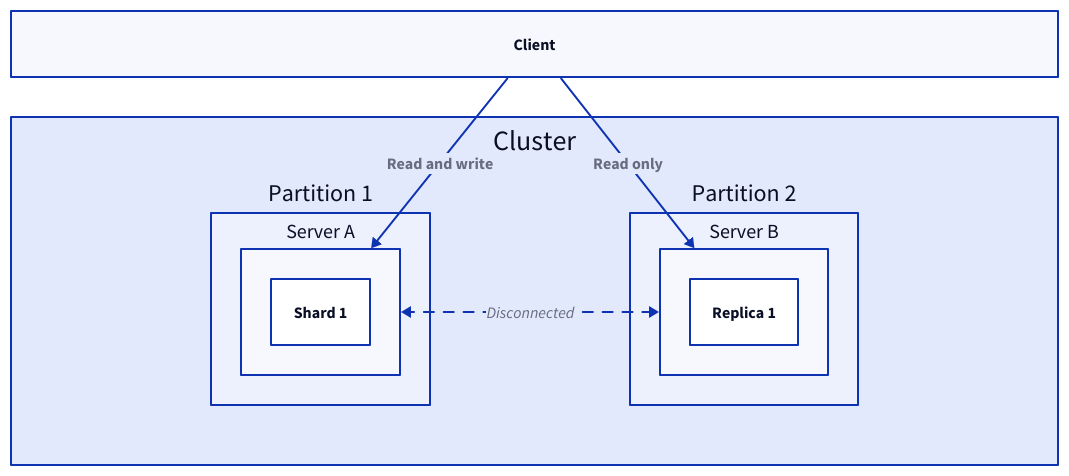
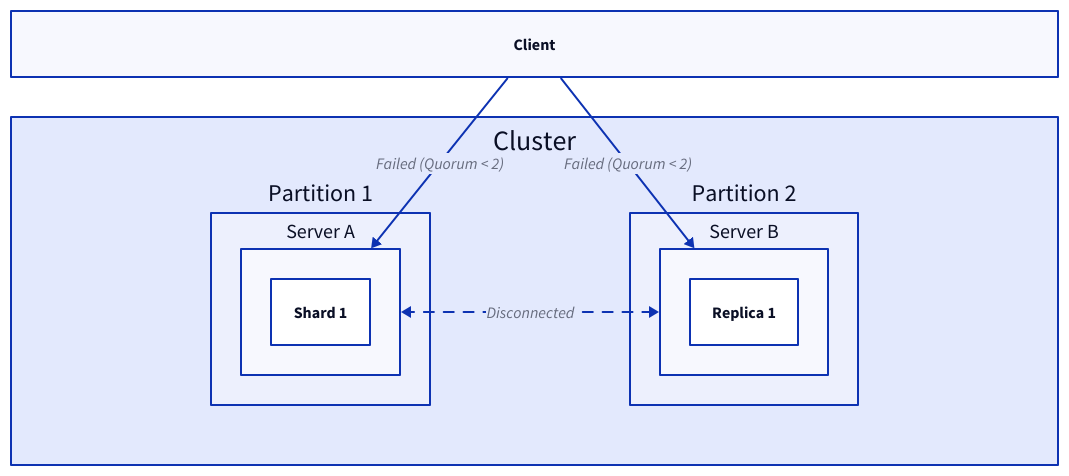
The eighth of 10 diagrams in content/data-persistence/distributed-database/peer-to-peer-architecture/_index.md (link1905/system-design-101), drawn with D2 before and after one commit. The commit also changed other lines of this file and 42 other files, not shown here.

````diff
--- a/content/data-persistence/distributed-database/peer-to-peer-architecture/_index.md
+++ b/content/data-persistence/distributed-database/peer-to-peer-architecture/_index.md
@@ -522,30 +525,30 @@
 ```d2
 grid-rows: 2
 client: Client {
     class: client
 }
 c: Cluster {
   grid-rows: 1
   horizontal-gap: 200
   g1: Partition 1 {
       sa: Server A {
           s: Shard 1
       }
   }
   g2: Partition 2 {
       sb: Server B {
           s: Replica 1
       }
   }
   g1.sa <-> g2.sb: Disconnected {
       class: error-conn
       style.animated: true
   }
 }
-client -> c.g1.sa : Read and write {
-  style.bold: true
+client -> c.g1.sa : Failed (Quorum < 2)  {
+  class: error-conn
 }
-client -> c.g2.sb: Read only {
-  style.bold: true
+client -> c.g2.sb: Failed (Quorum < 2) {
+  class: error-conn
 }
 ```
````
